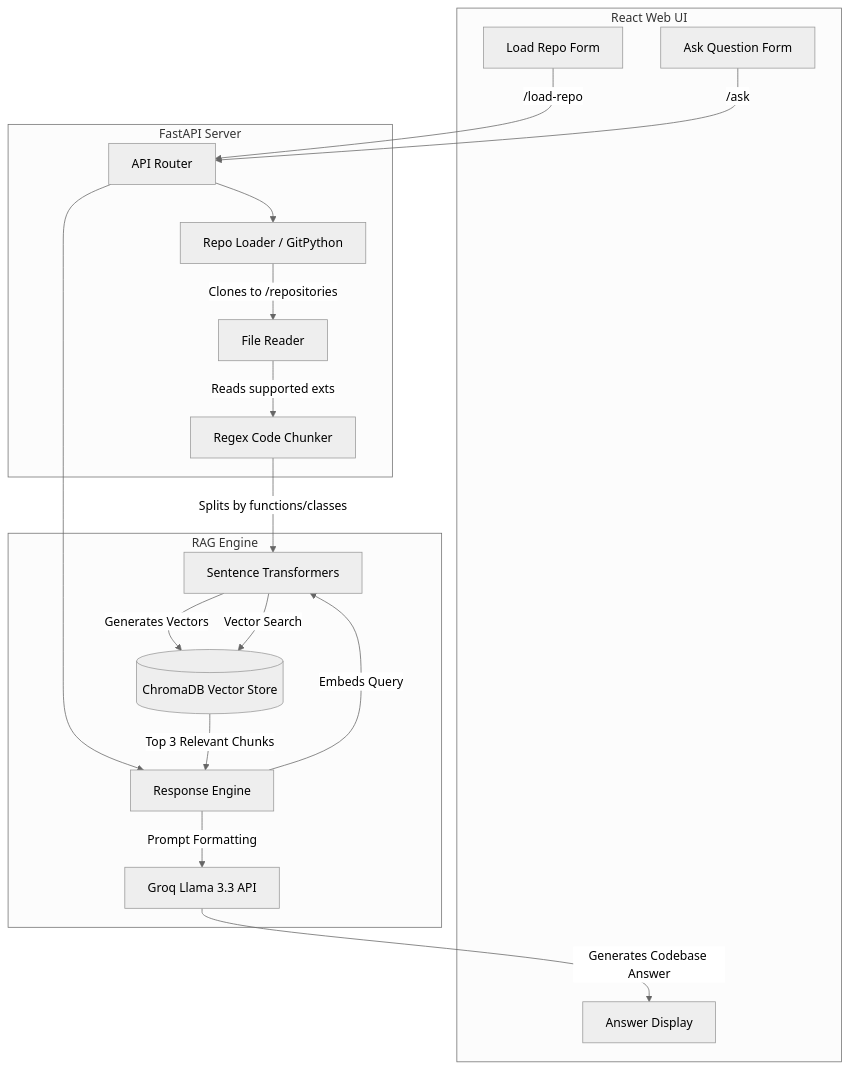
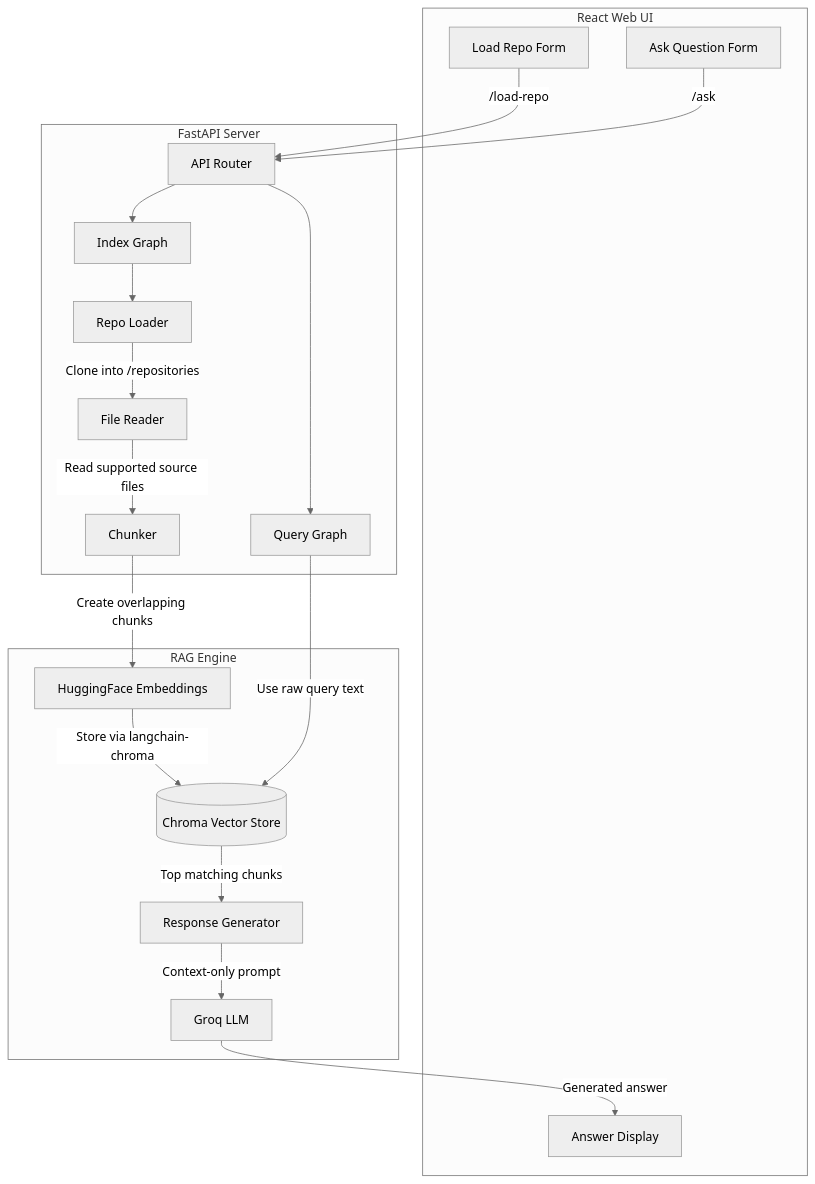
The diagram in README.md (lakshya1410/RepoMind), drawn with Mermaid (neutral theme) before and after one commit. The commit also changed other lines of this file and 11 other files, not shown here.

````diff
--- a/README.md
+++ b/README.md
@@ -65,39 +44,39 @@
 ```mermaid
 flowchart TD
     subgraph Frontend [React Web UI]
         UI1[Load Repo Form]
         UI2[Ask Question Form]
         UI3[Answer Display]
     end
 
     subgraph Backend [FastAPI Server]
         API[API Router]
-        RL[Repo Loader / GitPython]
+        IG[Index Graph]
+        QG[Query Graph]
+        RL[Repo Loader]
         FR[File Reader]
-        CH[Regex Code Chunker]
+        CH[Chunker]
     end
 
     subgraph AI Pipeline [RAG Engine]
-        EMB[Sentence Transformers]
-        VDB[(ChromaDB Vector Store)]
-        LLM[Groq Llama 3.3 API]
-        RRE[Response Engine]
+        EMB[HuggingFace Embeddings]
+        VDB[(Chroma Vector Store)]
+        LLM[Groq LLM]
+        RRE[Response Generator]
     end
 
-    %% Repository Loading Flow
     UI1 -- "/load-repo" --> API
-    API --> RL
-    RL -- "Clones to /repositories" --> FR
-    FR -- "Reads supported exts" --> CH
-    CH -- "Splits by functions/classes" --> EMB
-    EMB -- "Generates Vectors" --> VDB
+    API --> IG
+    IG --> RL
+    RL -- "Clone into /repositories" --> FR
+    FR -- "Read supported source files" --> CH
+    CH -- "Create overlapping chunks" --> EMB
+    EMB -- "Store via langchain-chroma" --> VDB
 
-    %% Querying Flow
     UI2 -- "/ask" --> API
-    API --> RRE
-    RRE -- "Embeds Query" --> EMB
-    EMB -- "Vector Search" --> VDB
-    VDB -- "Top 3 Relevant Chunks" --> RRE
-    RRE -- "Prompt Formatting" --> LLM
-    LLM -- "Generates Codebase Answer" --> UI3
+    API --> QG
+    QG -- "Use raw query text" --> VDB
+    VDB -- "Top matching chunks" --> RRE
+    RRE -- "Context-only prompt" --> LLM
+    LLM -- "Generated answer" --> UI3
 ```
````
